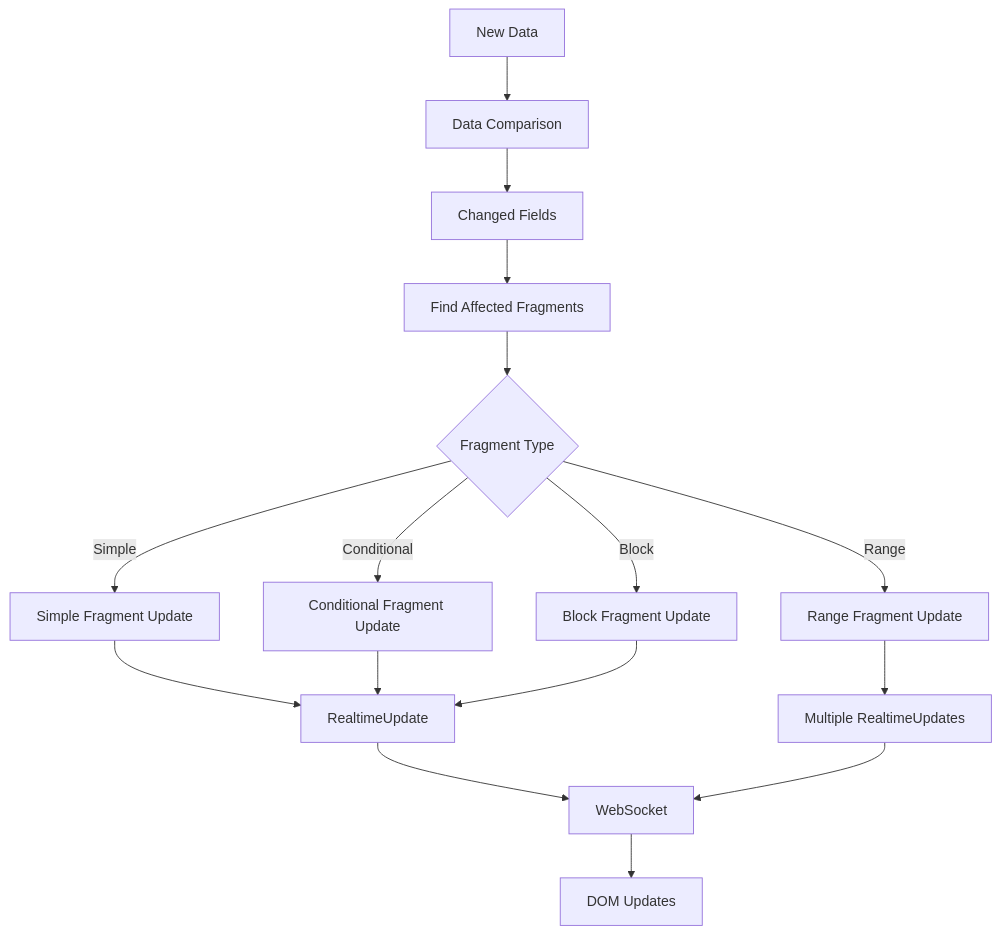
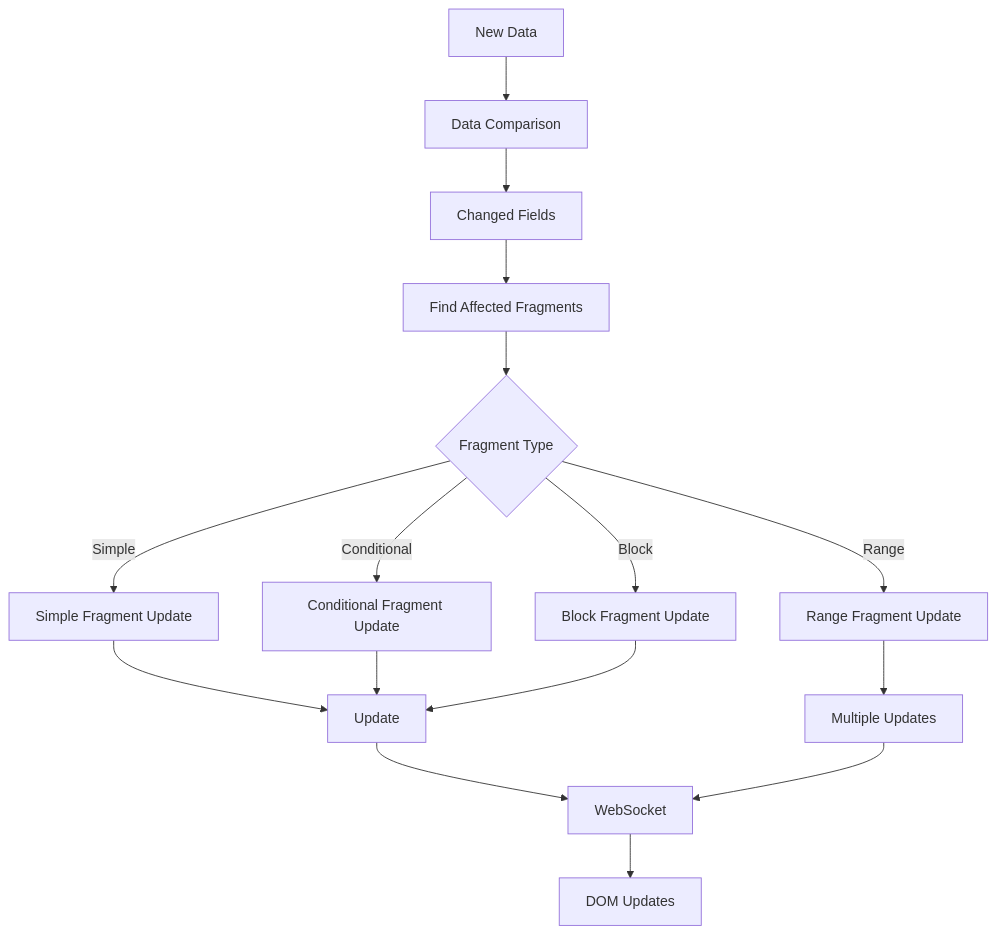
Before and after one commit to livetemplate/livetemplate: the fifth of 6 diagrams in docs/ARCHITECTURE.md, drawn with Mermaid. The commit also changed other lines of this file and 14 other files, not shown here.

````diff
--- a/docs/ARCHITECTURE.md
+++ b/docs/ARCHITECTURE.md
@@ -256,21 +256,21 @@
 ```mermaid
 graph TD
     ND[New Data] --> DC[Data Comparison]
     DC --> CF[Changed Fields]
     CF --> FA[Find Affected Fragments]
     FA --> FT{Fragment Type}
 
     FT -->|Simple| SF[Simple Fragment Update]
     FT -->|Conditional| CF2[Conditional Fragment Update]
     FT -->|Range| RF[Range Fragment Update]
     FT -->|Block| BF[Block Fragment Update]
 
-    SF --> RU[RealtimeUpdate]
+    SF --> RU[Update]
     CF2 --> RU
-    RF --> RU2[Multiple RealtimeUpdates]
+    RF --> RU2[Multiple Updates]
     BF --> RU
 
     RU --> WS[WebSocket]
     RU2 --> WS
     WS --> DOM[DOM Updates]
 ```
````
